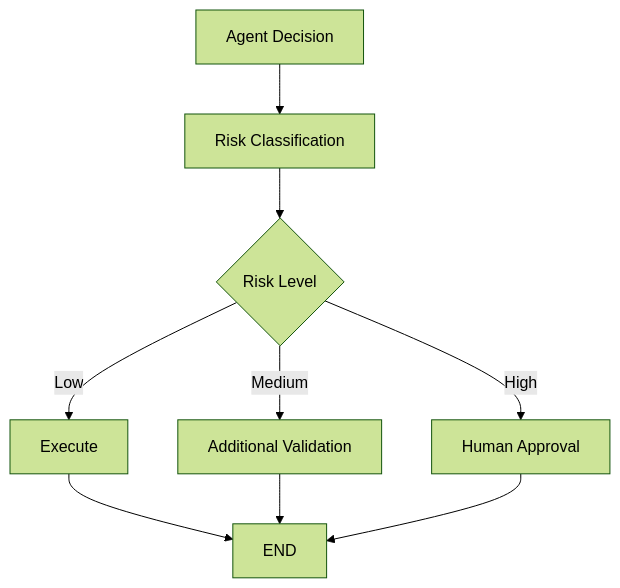
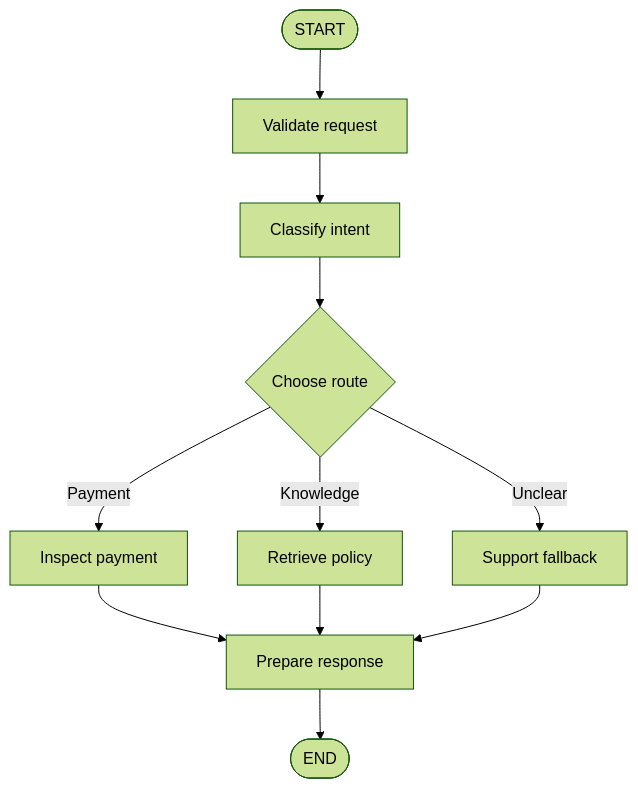
The first of 3 diagrams in docs/08-ai-engineering-frameworks/langgraph/20-langgraph-nodes-edges-and-routing.md (MihirKJha/enterprise-ai-engineering-handbook), drawn with Mermaid (forest theme) before and after one commit. The commit also changed other lines of this file and 10 other files, not shown here.

````diff
--- a/docs/08-ai-engineering-frameworks/langgraph/20-langgraph-nodes-edges-and-routing.md
+++ b/docs/08-ai-engineering-frameworks/langgraph/20-langgraph-nodes-edges-and-routing.md
@@ -838,19 +40,13 @@
 ```mermaid
 flowchart TD
-
-    A[Agent Decision] --> B[Risk Classification]
-
-    B --> C{Risk Level}
-
-    C -->|Low| D[Execute]
-
-    C -->|Medium| E[Additional Validation]
-
-    C -->|High| F[Human Approval]
-
-    D --> G[END]
-
-    E --> G
-
-    F --> G
+    A([START]) --> B[Validate request]
+    B --> C[Classify intent]
+    C --> D{Choose route}
+    D -->|Payment| E[Inspect payment]
+    D -->|Knowledge| F[Retrieve policy]
+    D -->|Unclear| G[Support fallback]
+    E --> H[Prepare response]
+    F --> H
+    G --> H
+    H --> I([END])
 ```
````
